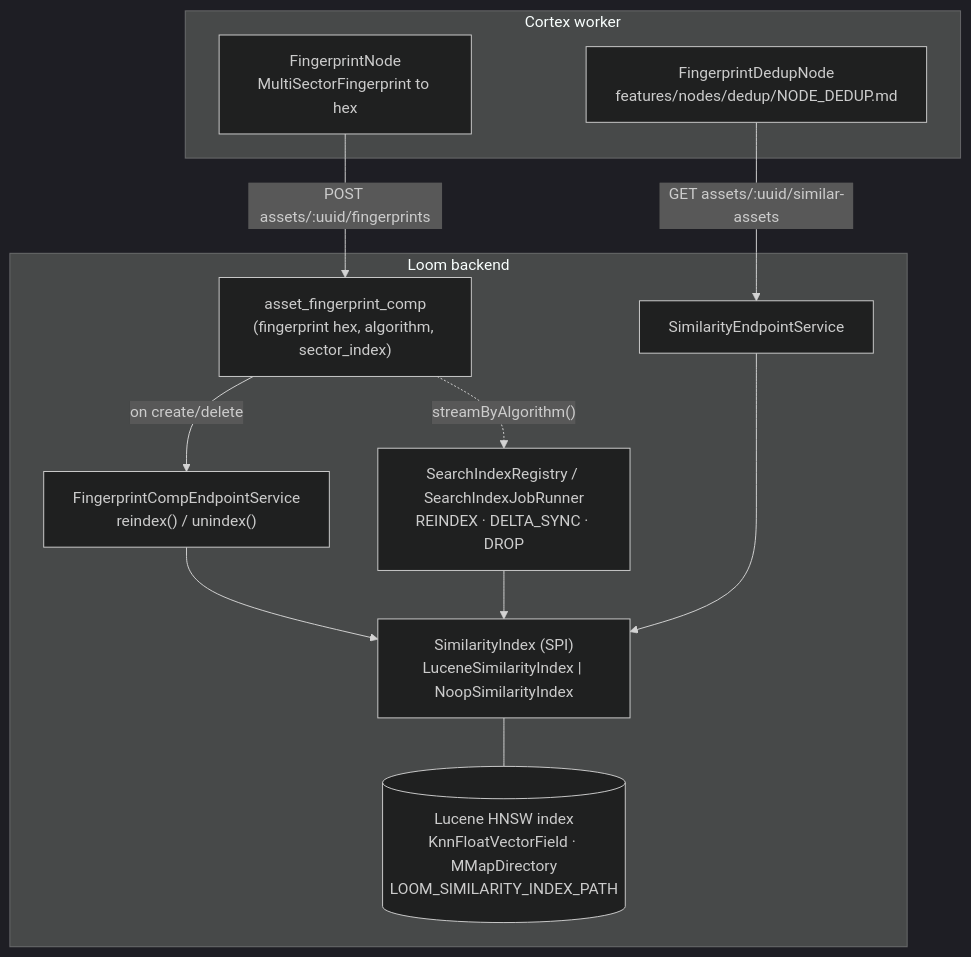
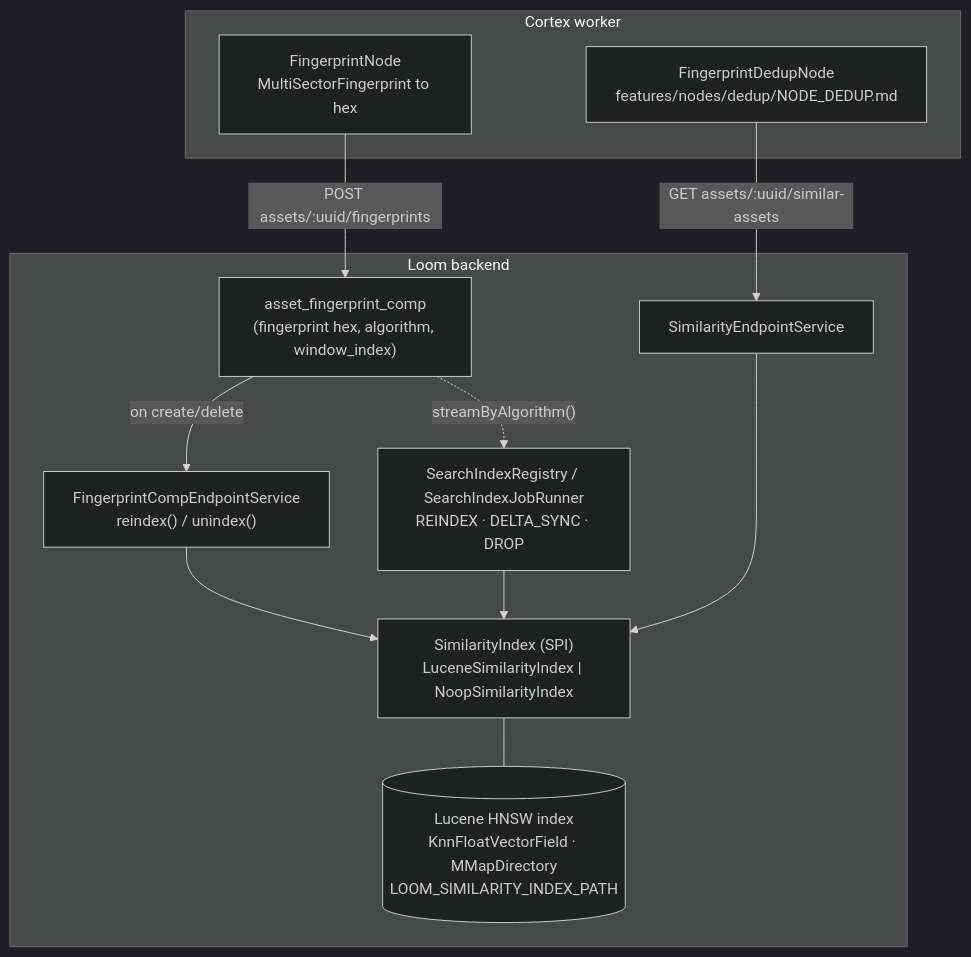
The diagram in spec/loom/SEARCH_LUCENE.md (metaloom/metaloom), drawn with Mermaid (dark theme) before and after one commit. The commit also changed other lines of this file and 125 other files, not shown here.

````diff
--- a/spec/loom/SEARCH_LUCENE.md
+++ b/spec/loom/SEARCH_LUCENE.md
@@ -62,24 +62,24 @@
 ```mermaid
 graph TB
     subgraph cortex["Cortex worker"]
         FN["FingerprintNode<br/>MultiSectorFingerprint to hex"]
         DN["FingerprintDedupNode<br/>features/nodes/dedup/NODE_DEDUP.md"]
     end
     FN -->|"POST assets/:uuid/fingerprints"| FC
     DN -->|"GET assets/:uuid/similar-assets"| SEP
 
     subgraph loom["Loom backend"]
-        FC["asset_fingerprint_comp<br/>(fingerprint hex, algorithm, sector_index)"]
+        FC["asset_fingerprint_comp<br/>(fingerprint hex, algorithm, window_index)"]
         HOOK["FingerprintCompEndpointService<br/>reindex() / unindex()"]
         SEP["SimilarityEndpointService"]
         ADM["SearchIndexRegistry / SearchIndexJobRunner<br/>REINDEX · DELTA_SYNC · DROP"]
         SI["SimilarityIndex (SPI)<br/>LuceneSimilarityIndex | NoopSimilarityIndex"]
         IDX[("Lucene HNSW index<br/>KnnFloatVectorField · MMapDirectory<br/>LOOM_SIMILARITY_INDEX_PATH")]
         FC -->|"on create/delete"| HOOK
         HOOK --> SI
         SEP --> SI
         FC -.->|"streamByAlgorithm()"| ADM
         ADM --> SI
         SI --- IDX
     end
 ```
````
